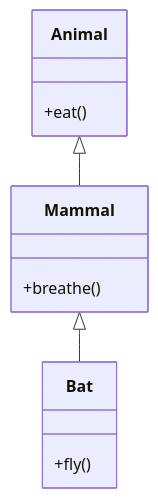
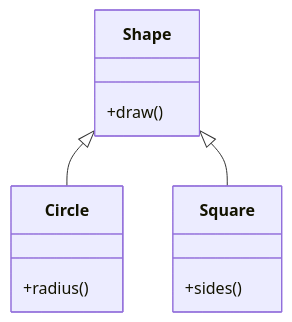
Before and after one commit to Davud-ayanokoji/w8-lab-inheritance-danielcregg: the fifth of 8 diagrams in README.md, drawn with Mermaid. The commit also changed other lines of this file, not shown here.

````diff
--- a/README.md
+++ b/README.md
@@ -258,14 +199,14 @@
 ```mermaid
 classDiagram
-    Animal <|-- Mammal
-    Mammal <|-- Bat
-    class Animal{
-        +eat()
+    Shape <|-- Circle
+    Shape <|-- Square
+    class Shape{
+        +draw()
     }
-    class Mammal{
-        +breathe()
+    class Circle{
+        +radius()
     }
-    class Bat{
-        +fly()
+    class Square{
+        +sides()
     }
 ```
````
